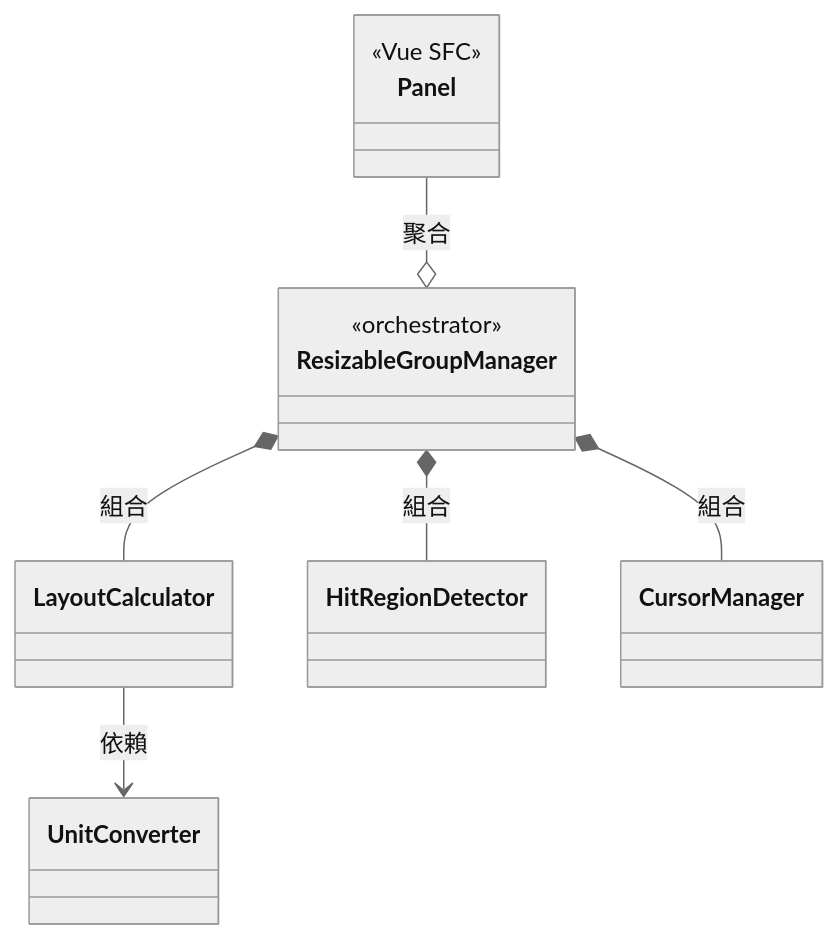
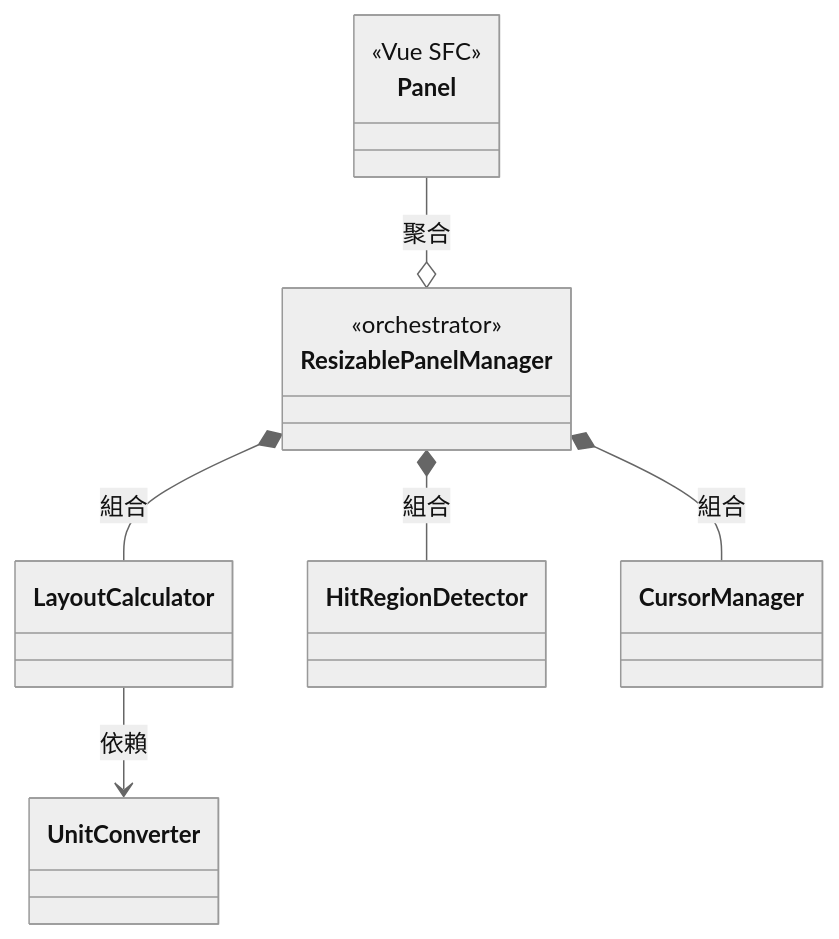
The diagram in README.md (laidasan/resizable-panel), drawn with Mermaid (neutral theme) before and after one commit. The commit also changed other lines of this file and 13 other files, not shown here.

````diff
--- a/README.md
+++ b/README.md
@@ -98,21 +94,21 @@
 ```mermaid
 classDiagram
     direction TB
 
-    class ResizableGroupManager {
+    class ResizablePanelManager {
         <<orchestrator>>
     }
     class LayoutCalculator
     class UnitConverter
     class HitRegionDetector
     class CursorManager
     class Panel {
         <<Vue SFC>>
     }
 
-    ResizableGroupManager *-- LayoutCalculator : 組合
-    ResizableGroupManager *-- HitRegionDetector : 組合
-    ResizableGroupManager *-- CursorManager : 組合
-    Panel --o ResizableGroupManager : 聚合
+    ResizablePanelManager *-- LayoutCalculator : 組合
+    ResizablePanelManager *-- HitRegionDetector : 組合
+    ResizablePanelManager *-- CursorManager : 組合
+    Panel --o ResizablePanelManager : 聚合
     LayoutCalculator --> UnitConverter : 依賴
 ```
````
